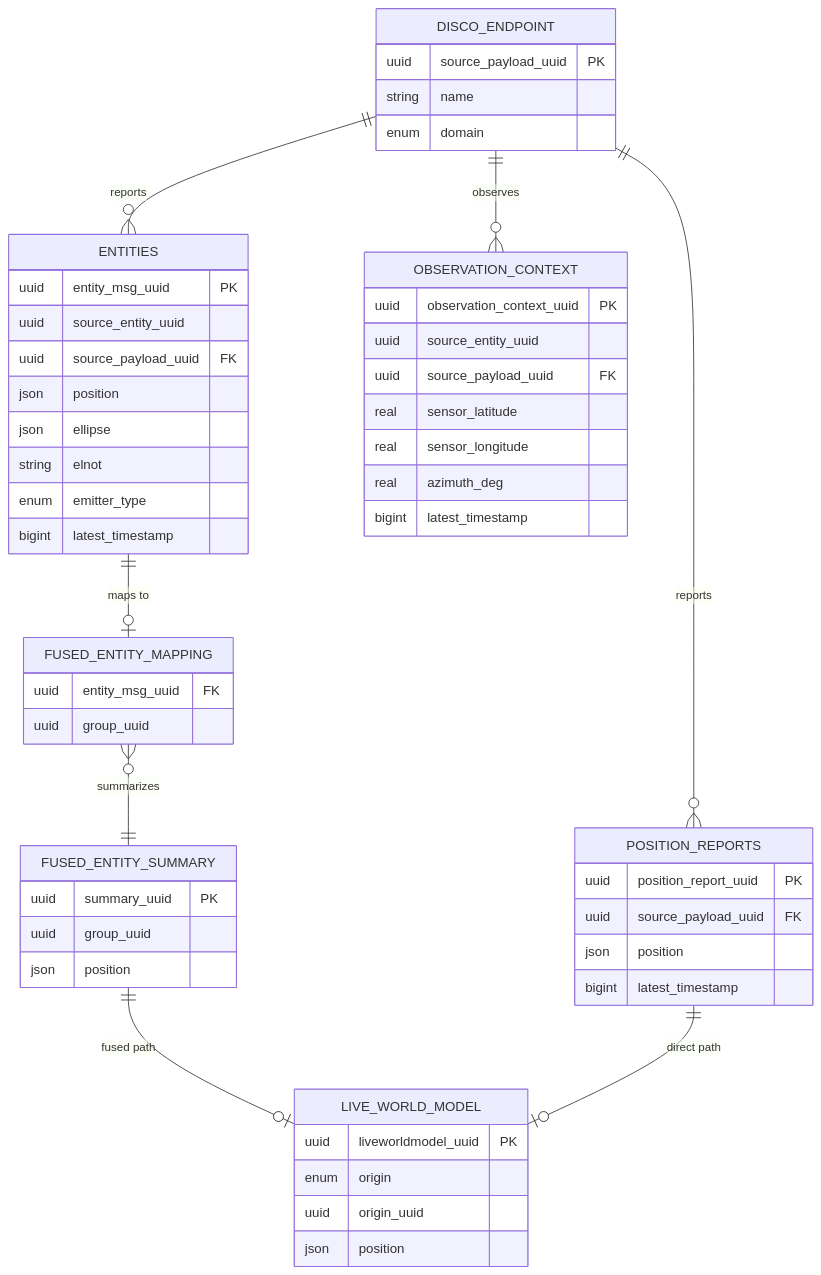
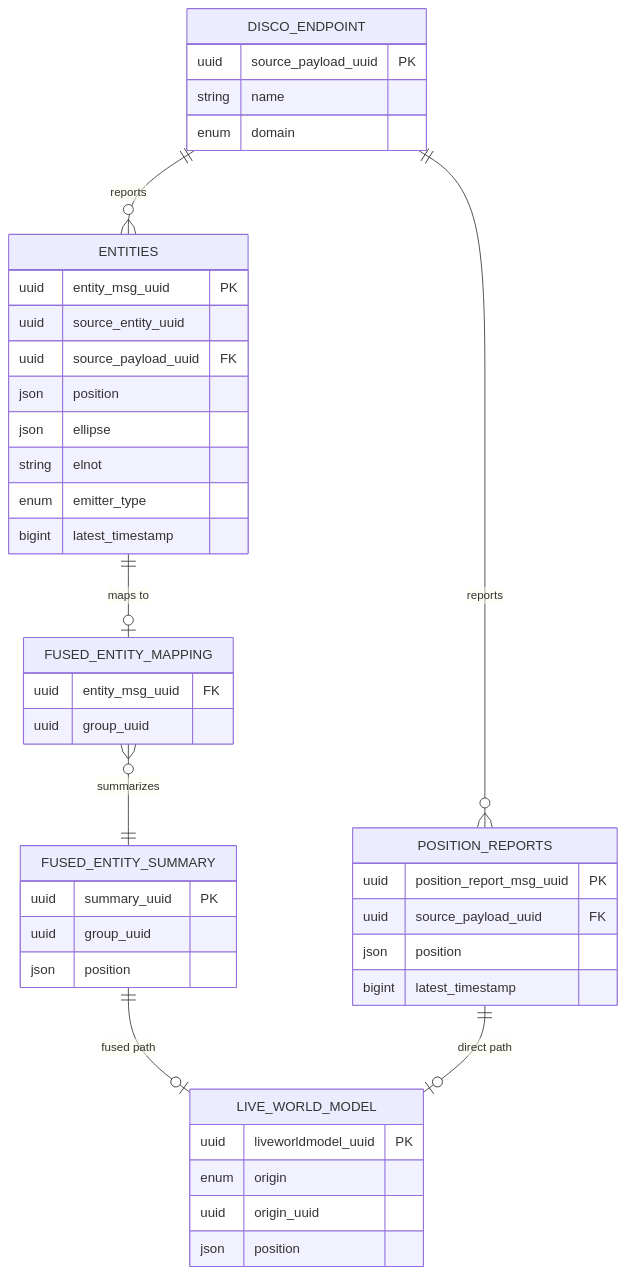
Before and after one commit to ericpauls/disco_workspace: the first of 6 diagrams in docs/data-architecture-erd.md, drawn with Mermaid. The commit also changed other lines of this file and 4 other files, not shown here.

First line of the commit message:
refactor: API conformance audit - entity_report_lob prototype + canonical field fix

````diff
--- a/docs/data-architecture-erd.md
+++ b/docs/data-architecture-erd.md
@@ -9,62 +9,51 @@
 ```mermaid
 erDiagram
     DISCO_ENDPOINT {
         uuid source_payload_uuid PK
         string name
         enum domain
     }
 
     ENTITIES {
         uuid entity_msg_uuid PK
         uuid source_entity_uuid
         uuid source_payload_uuid FK
         json position
         json ellipse
         string elnot
         enum emitter_type
         bigint latest_timestamp
     }
 
     POSITION_REPORTS {
-        uuid position_report_uuid PK
+        uuid position_report_msg_uuid PK
         uuid source_payload_uuid FK
         json position
         bigint latest_timestamp
     }
 
     FUSED_ENTITY_MAPPING {
         uuid entity_msg_uuid FK
         uuid group_uuid
     }
 
     FUSED_ENTITY_SUMMARY {
         uuid summary_uuid PK
         uuid group_uuid
         json position
     }
 
     LIVE_WORLD_MODEL {
         uuid liveworldmodel_uuid PK
         enum origin
         uuid origin_uuid
         json position
     }
 
-    OBSERVATION_CONTEXT {
-        uuid observation_context_uuid PK
-        uuid source_entity_uuid
-        uuid source_payload_uuid FK
-        real sensor_latitude
-        real sensor_longitude
-        real azimuth_deg
-        bigint latest_timestamp
-    }
-
     DISCO_ENDPOINT ||--o{ ENTITIES : "reports"
     DISCO_ENDPOINT ||--o{ POSITION_REPORTS : "reports"
-    DISCO_ENDPOINT ||--o{ OBSERVATION_CONTEXT : "observes"
     ENTITIES ||--o| FUSED_ENTITY_MAPPING : "maps to"
     FUSED_ENTITY_MAPPING }o--|| FUSED_ENTITY_SUMMARY : "summarizes"
     FUSED_ENTITY_SUMMARY ||--o| LIVE_WORLD_MODEL : "fused path"
     POSITION_REPORTS ||--o| LIVE_WORLD_MODEL : "direct path"
 ```
````
